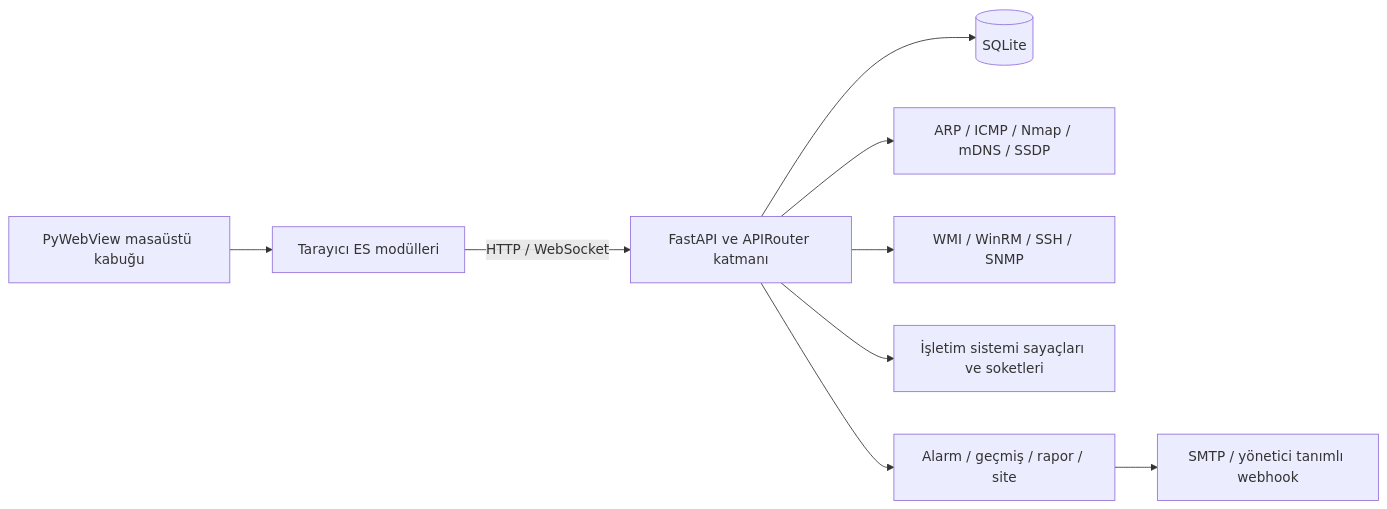
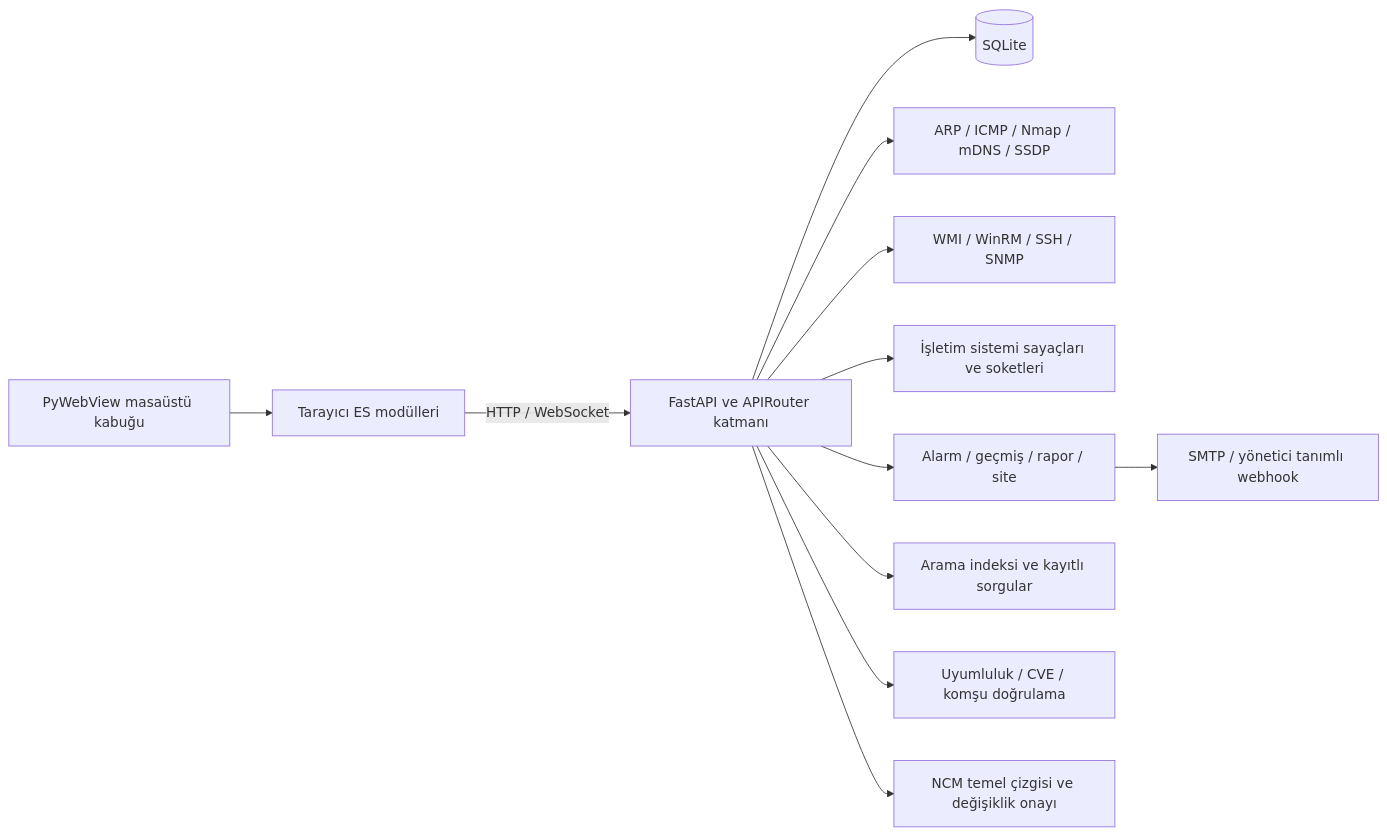
One commit to AtakanTas-io/NetMon changed the diagram in README.md. Above: the diagram before and after it, drawn with Mermaid. The commit also changed other lines of this file and 3 other files, not shown here.

````diff
--- a/README.md
+++ b/README.md
@@ -55,11 +60,14 @@
 ```mermaid
 flowchart LR
     UI[Tarayıcı ES modülleri] -->|HTTP / WebSocket| API[FastAPI ve APIRouter katmanı]
     DESKTOP[PyWebView masaüstü kabuğu] --> UI
     API --> DB[(SQLite)]
     API --> DISCOVERY[ARP / ICMP / Nmap / mDNS / SSDP]
     API --> INVENTORY[WMI / WinRM / SSH / SNMP]
     API --> OS[İşletim sistemi sayaçları ve soketleri]
     API --> OPS[Alarm / geçmiş / rapor / site]
+    API --> SEARCH[Arama indeksi ve kayıtlı sorgular]
+    API --> ASSURANCE[Uyumluluk / CVE / komşu doğrulama]
+    API --> NCM[NCM temel çizgisi ve değişiklik onayı]
     OPS --> DELIVERY[SMTP / yönetici tanımlı webhook]
 ```
````
